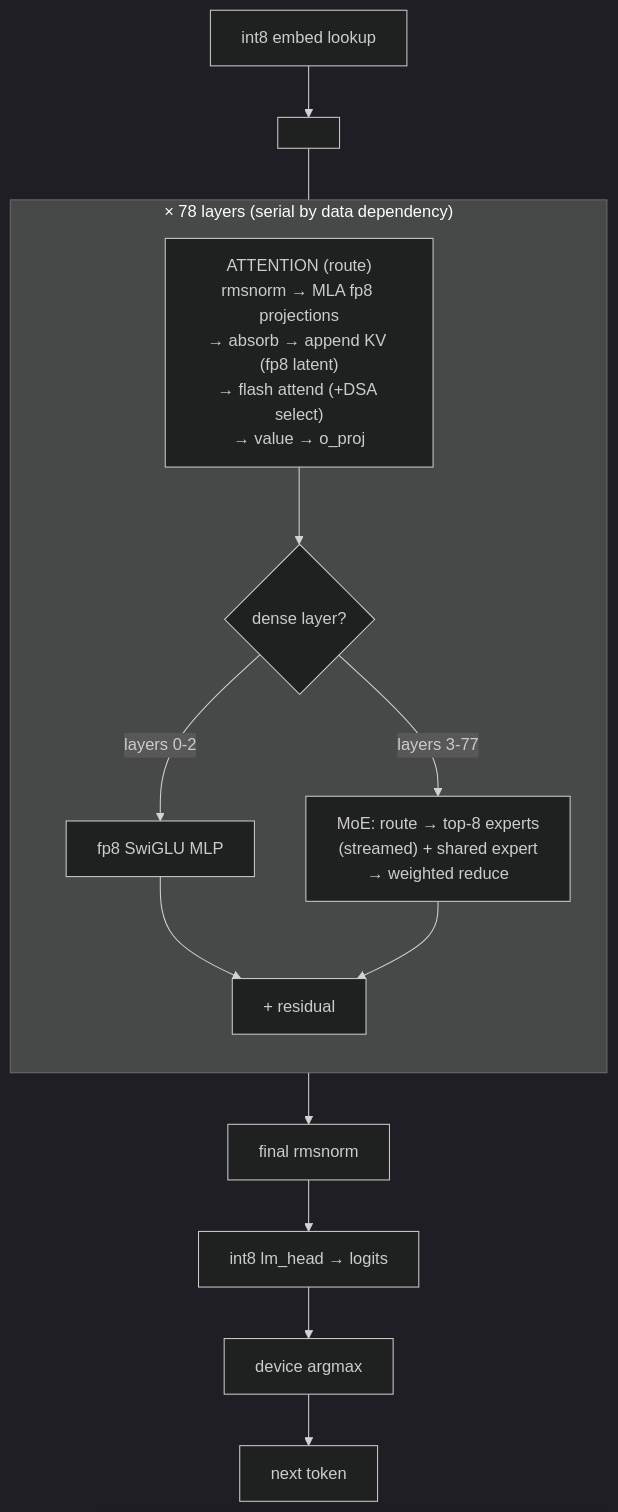
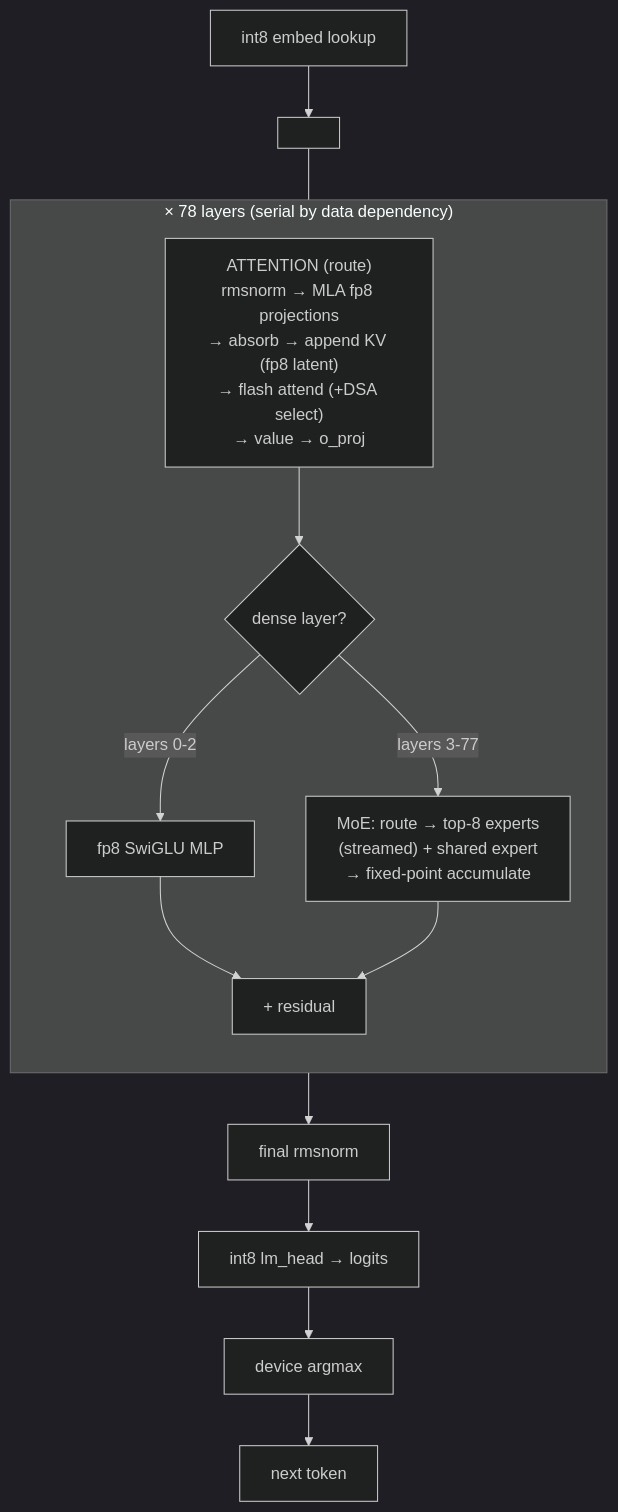
The first of 3 diagrams in docs/ARCHITECTURE.md (Constructive-Programming/rivoli), drawn with Mermaid (dark theme) before and after one commit. The commit also changed other lines of this file, not shown here.

First line of the commit message:
docs: §1/§2/§5 still described the reduce-and-join dataflow

````diff
--- a/docs/ARCHITECTURE.md
+++ b/docs/ARCHITECTURE.md
@@ -58,17 +58,17 @@
 ```mermaid
 flowchart TD
   E[int8 embed lookup] --> L0
 
   subgraph L["× 78 layers (serial by data dependency)"]
     direction TB
     A["ATTENTION (route)\nrmsnorm → MLA fp8 projections\n→ absorb → append KV (fp8 latent)\n→ flash attend (+DSA select)\n→ value → o_proj"]
     A --> M{dense layer?}
     M -- "layers 0-2" --> D["fp8 SwiGLU MLP"]
-    M -- "layers 3-77" --> MoE["MoE: route → top-8 experts\n(streamed) + shared expert\n→ weighted reduce"]
+    M -- "layers 3-77" --> MoE["MoE: route → top-8 experts\n(streamed) + shared expert\n→ fixed-point accumulate"]
     D --> R[+ residual]
     MoE --> R
   end
 
   L0[" "] --- A
   R --> FN[final rmsnorm] --> LM["int8 lm_head → logits"] --> AM[device argmax] --> TOK[next token]
 ```
````
